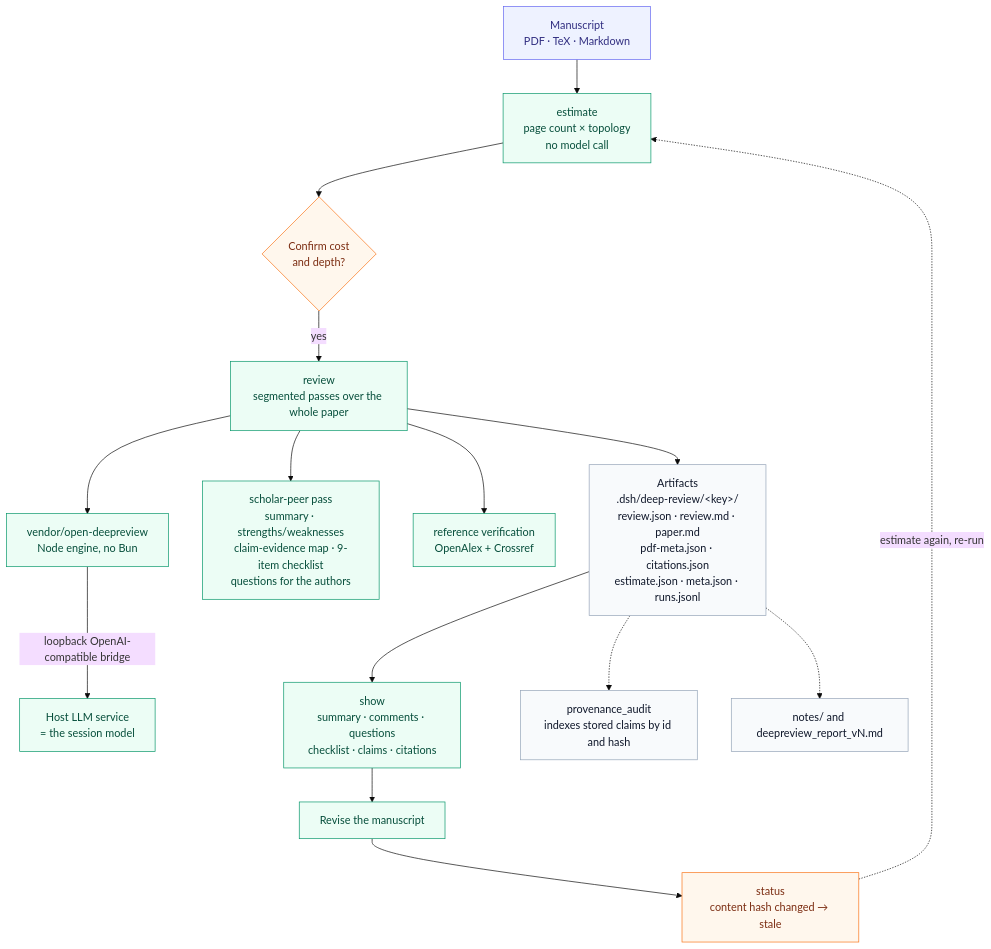
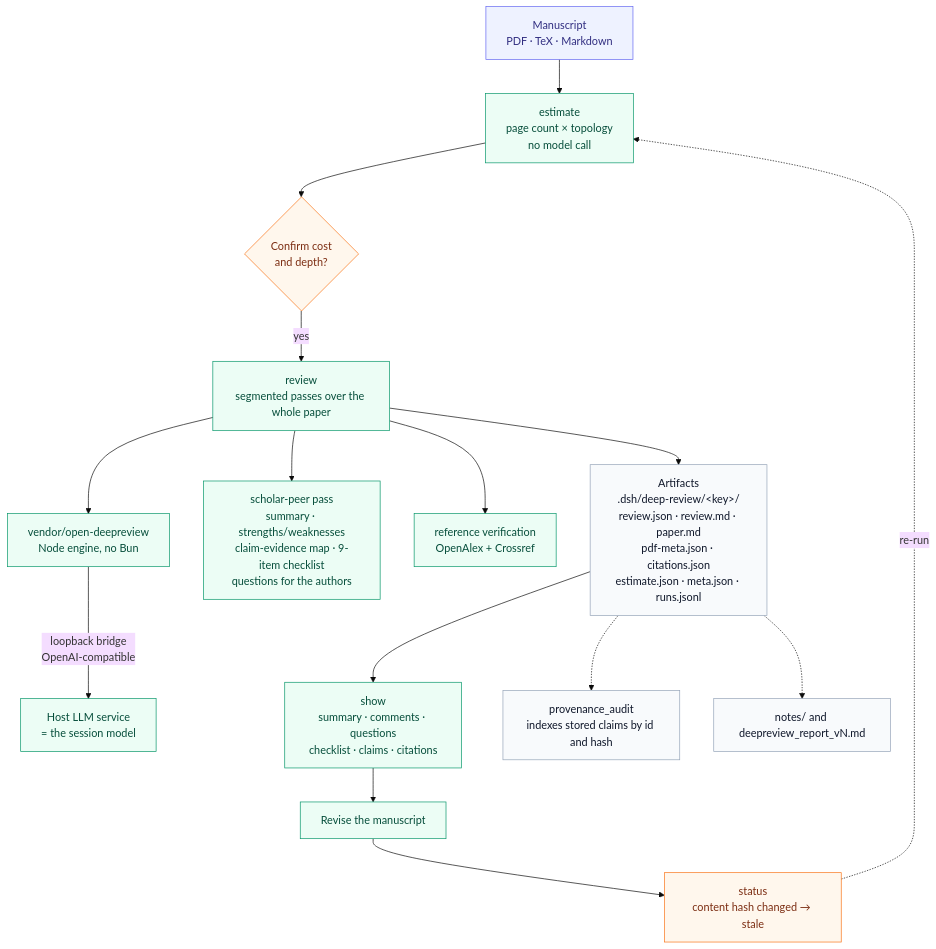
Before and after one commit to raktim-mondol/academic-harness: the diagram in docs/diagrams/deep-review.mmd, drawn with Mermaid (base theme). The commit also changed 1 other file, not shown here.

```diff
--- a/docs/diagrams/deep-review.mmd
+++ b/docs/diagrams/deep-review.mmd
@@ -1,24 +1,24 @@
 flowchart TD
   ms[Manuscript<br/>PDF · TeX · Markdown] --> est[estimate<br/>page count × topology<br/>no model call]
   est --> ok{Confirm cost<br/>and depth?}
   ok -->|yes| run[review<br/>segmented passes over the whole paper]
   run --> engine[vendor/open-deepreview<br/>Node engine, no Bun]
-  engine -->|loopback OpenAI-compatible bridge| llm[Host LLM service<br/>= the session model]
+  engine -->|loopback bridge<br/>OpenAI-compatible| llm[Host LLM service<br/>= the session model]
   run --> peer[scholar-peer pass<br/>summary · strengths/weaknesses<br/>claim-evidence map · 9-item checklist<br/>questions for the authors]
   run --> refs[reference verification<br/>OpenAlex + Crossref]
   run --> art[Artifacts<br/>.dsh/deep-review/&lt;key&gt;/<br/>review.json · review.md · paper.md<br/>pdf-meta.json · citations.json<br/>estimate.json · meta.json · runs.jsonl]
   art --> show[show<br/>summary · comments · questions<br/>checklist · claims · citations]
   show --> revise[Revise the manuscript]
   revise --> stale[status<br/>content hash changed → stale]
-  stale -.->|estimate again, re-run| est
+  stale -.->|re-run| est
   art -.-> prov[provenance_audit<br/>indexes stored claims by id and hash]
   art -.-> report[notes/ and deepreview_report_vN.md]
 
   classDef input fill:#eef2ff,stroke:#6366f1,color:#312e81
   classDef gate fill:#fff7ed,stroke:#f97316,color:#7c2d12
   classDef core fill:#ecfdf5,stroke:#059669,color:#064e3b
   classDef store fill:#f8fafc,stroke:#94a3b8,color:#0f172a
   class ms input
   class ok,stale gate
   class est,run,engine,llm,peer,refs,show,revise core
   class art,prov,report store
```
